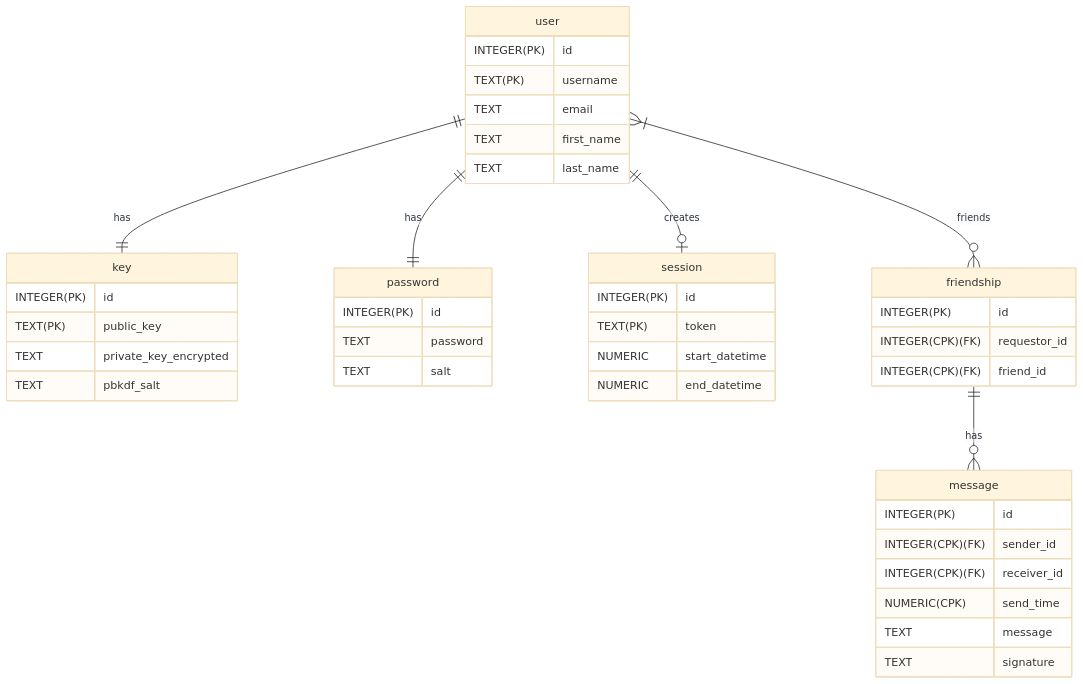
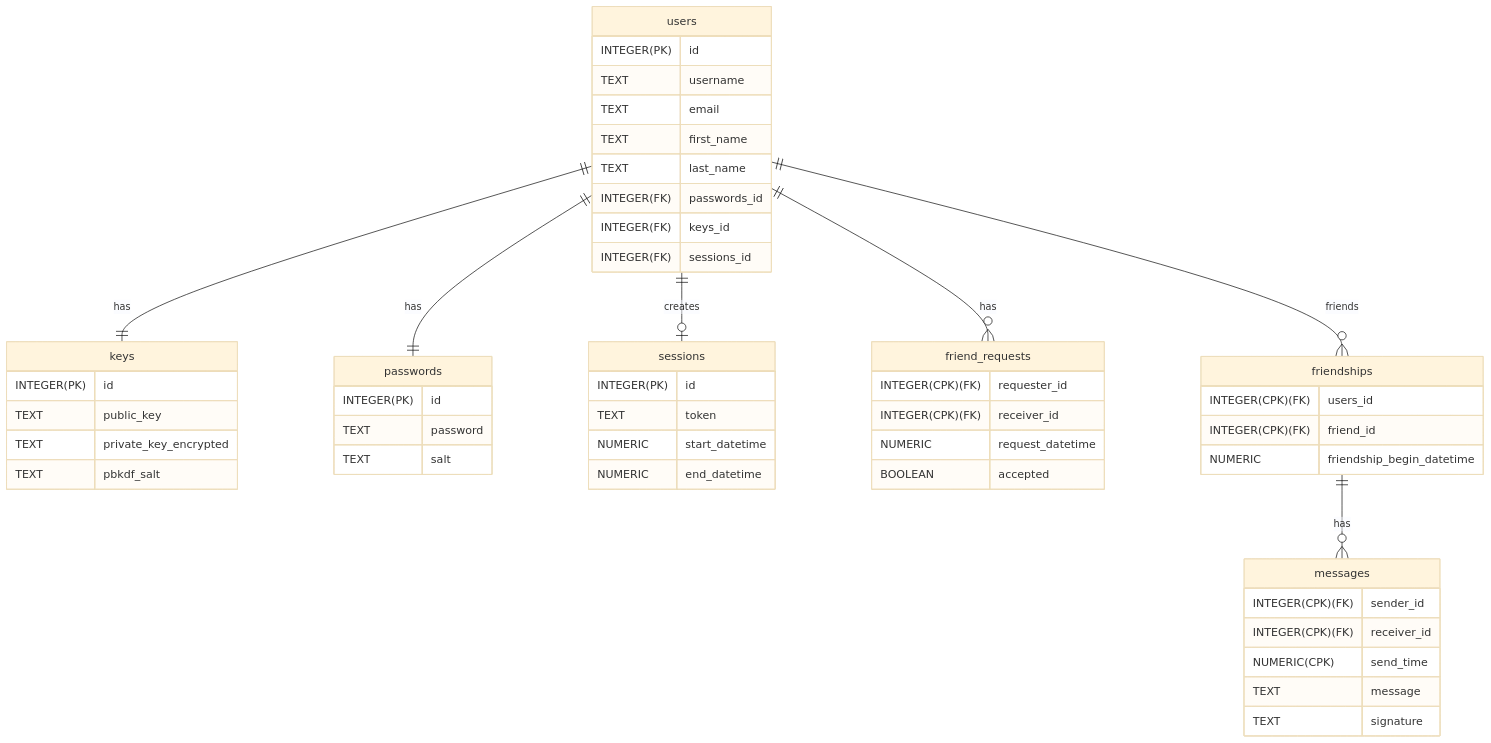
Before and after one commit to Connor-Bernard/messenger: the diagram in Readme.md, drawn with Mermaid (base theme). The commit also changed other lines of this file and 3 other files, not shown here.

Commit message:
feat: configure db schema

````diff
--- a/Readme.md
+++ b/Readme.md
@@ -67,54 +67,64 @@
 ```mermaid
 erDiagram
 
-user {
+users {
     INTEGER(PK) id
-    TEXT(PK)    username
+    TEXT        username
     TEXT        email
     TEXT        first_name
     TEXT        last_name
+    INTEGER(FK) passwords_id
+    INTEGER(FK) keys_id
+    INTEGER(FK) sessions_id
 }
 
-key {
+keys {
     INTEGER(PK)  id
-    TEXT(PK)     public_key
+    TEXT         public_key
     TEXT         private_key_encrypted
     TEXT         pbkdf_salt
 }
 
-password {
+passwords {
     INTEGER(PK) id
     TEXT        password
     TEXT        salt
 }
 
-session {
+sessions {
     INTEGER(PK) id
-    TEXT(PK)    token
+    TEXT        token
     NUMERIC     start_datetime
     NUMERIC     end_datetime
 }
 
-friendship {
-    INTEGER(PK)      id
-    INTEGER(CPK)(FK) requestor_id
-    INTEGER(CPK)(FK) friend_id
+friend_requests {
+    INTEGER(CPK)(FK) requester_id
+    INTEGER(CPK)(FK) receiver_id
+    NUMERIC          request_datetime
+    BOOLEAN          accepted
 }
 
-message {
-    INTEGER(PK) id
+friendships {
+    INTEGER(CPK)(FK) users_id
+    INTEGER(CPK)(FK) friend_id
+    NUMERIC          friendship_begin_datetime
+}
+
+messages {
     INTEGER(CPK)(FK) sender_id
     INTEGER(CPK)(FK) receiver_id
     NUMERIC(CPK)     send_time
     TEXT             message
     TEXT             signature
 }
 
-user ||--|| password : has
-user ||--|| key : has
-user ||--o| session: creates
+users ||--|| passwords : has
+users ||--|| keys : has
+users ||--o| sessions: creates
 
-user }|--o{ friendship : friends
+users ||--o{ friend_requests : has
+users ||--o{ friendships : friends
 
-friendship ||--o{ message : has
+friendships ||--o{ messages : has
 ```
````
